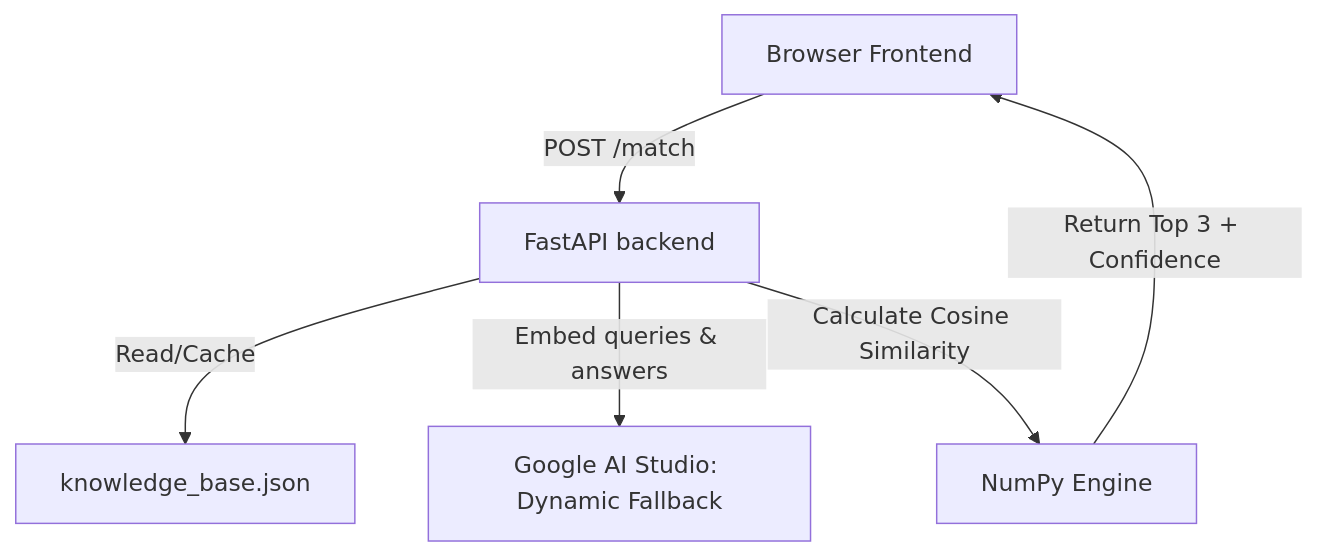
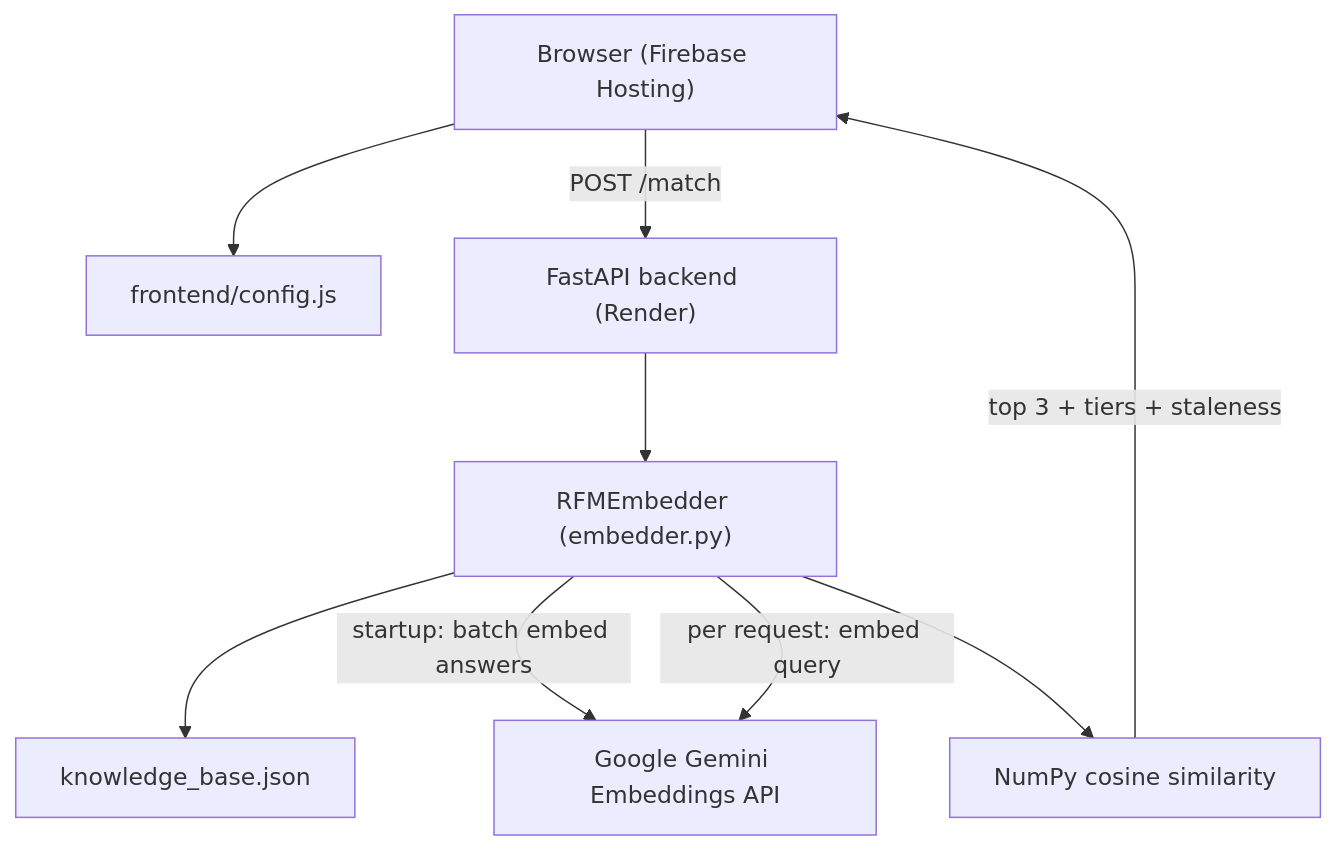
One commit to sunidhi-mishra/PeopleOS_RFP_Response_Assistant changed the first of 4 diagrams in docs/architecture.md. Above: the diagram before and after it, drawn with Mermaid. The commit also changed other lines of this file and 2 other files, not shown here.

````diff
--- a/docs/architecture.md
+++ b/docs/architecture.md
@@ -13,8 +16,19 @@
 ```mermaid
 graph TD
-    Client[Browser Frontend] -- POST /match --> API[FastAPI backend]
-    API -- Read/Cache --> KB[knowledge_base.json]
-    API -- Embed queries & answers --> Gemini[Google AI Studio: Dynamic Fallback]
-    API -- Calculate Cosine Similarity --> NumPy[NumPy Engine]
-    NumPy -- Return Top 3 + Confidence --> Client
+    Browser["Browser (Firebase Hosting)"]
+    Config["frontend/config.js"]
+    API["FastAPI backend (Render)"]
+    Embedder["RFMEmbedder (embedder.py)"]
+    KB["knowledge_base.json"]
+    Gemini["Google Gemini Embeddings API"]
+    NumPy["NumPy cosine similarity"]
+
+    Browser --> Config
+    Browser -- "POST /match" --> API
+    API --> Embedder
+    Embedder --> KB
+    Embedder -- "startup: batch embed answers" --> Gemini
+    Embedder -- "per request: embed query" --> Gemini
+    Embedder --> NumPy
+    NumPy -- "top 3 + tiers + staleness" --> Browser
 ```
````
